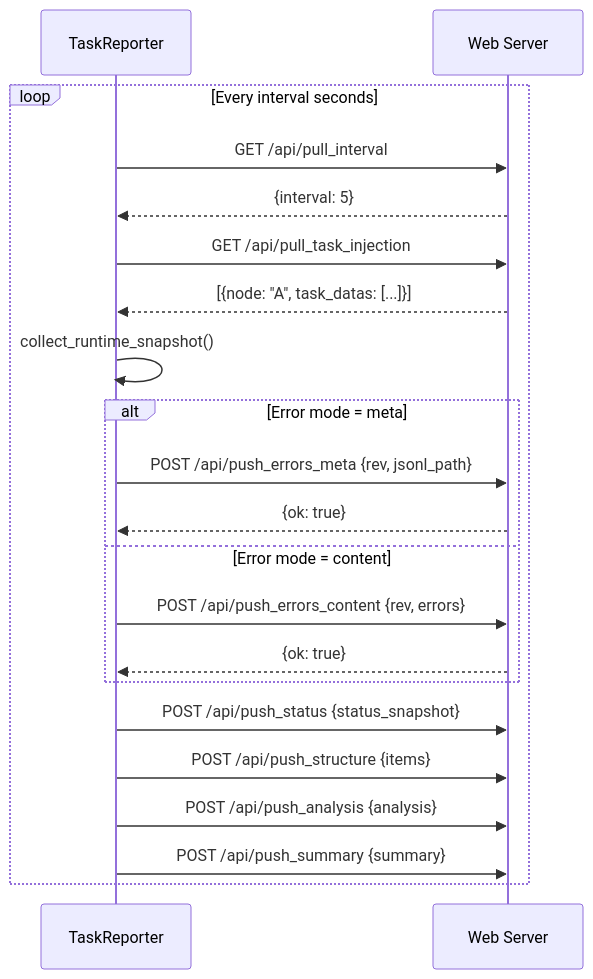
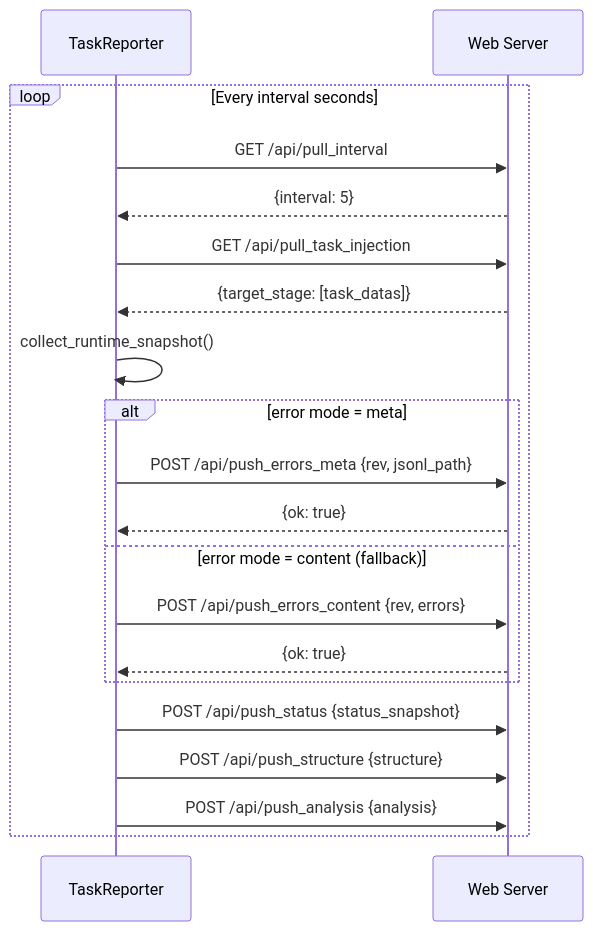
The diagram in docs/en/src/observability/core_report.md (Mr-xiaotian/CelestialFlow), drawn with Mermaid before and after one commit. The commit also changed other lines of this file and 278 other files, not shown here.

````diff
--- a/docs/en/src/observability/core_report.md
+++ b/docs/en/src/observability/core_report.md
@@ -48,28 +60,27 @@
 ```mermaid
 sequenceDiagram
     participant R as TaskReporter
     participant S as Web Server
 
     loop Every interval seconds
         R->>S: GET /api/pull_interval
         S-->>R: {interval: 5}
 
         R->>S: GET /api/pull_task_injection
-        S-->>R: [{node: "A", task_datas: [...]}]
+        S-->>R: {target_stage: [task_datas]}
 
         R->>R: collect_runtime_snapshot()
 
-        alt Error mode = meta
+        alt error mode = meta
             R->>S: POST /api/push_errors_meta {rev, jsonl_path}
             S-->>R: {ok: true}
-        else Error mode = content
+        else error mode = content (fallback)
             R->>S: POST /api/push_errors_content {rev, errors}
             S-->>R: {ok: true}
         end
 
         R->>S: POST /api/push_status {status_snapshot}
-        R->>S: POST /api/push_structure {items}
+        R->>S: POST /api/push_structure {structure}
         R->>S: POST /api/push_analysis {analysis}
-        R->>S: POST /api/push_summary {summary}
     end
 ```
````
